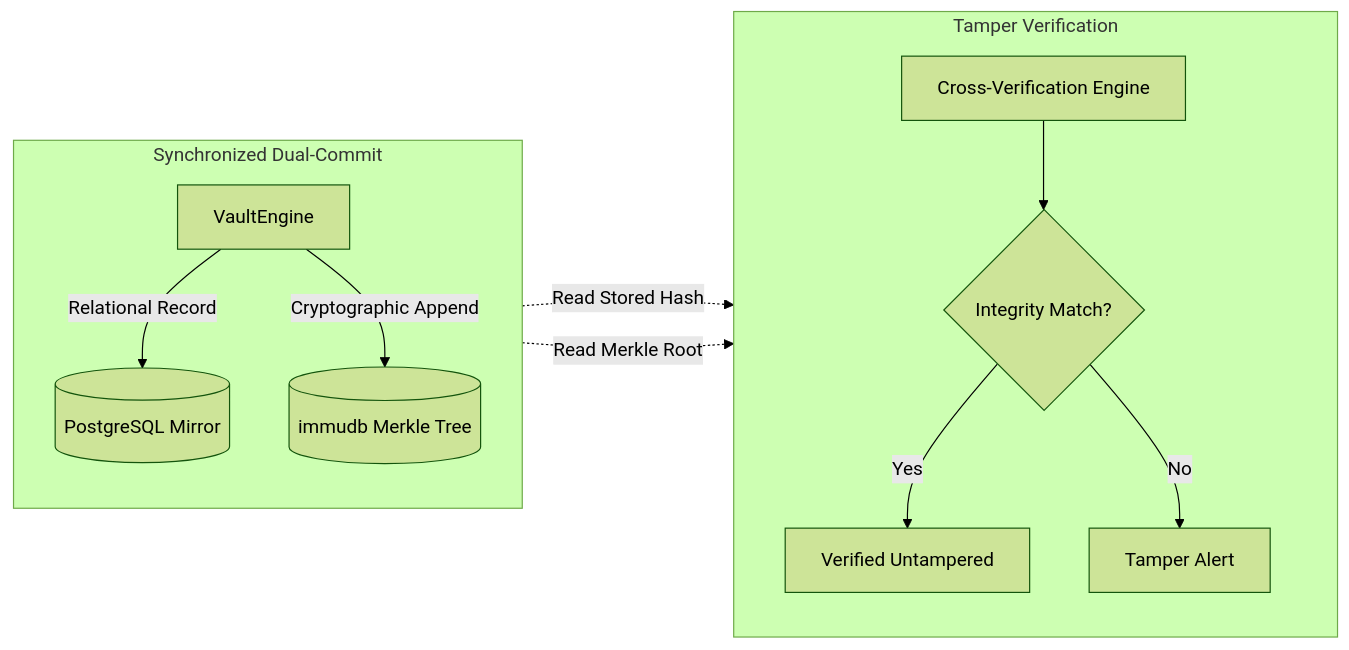
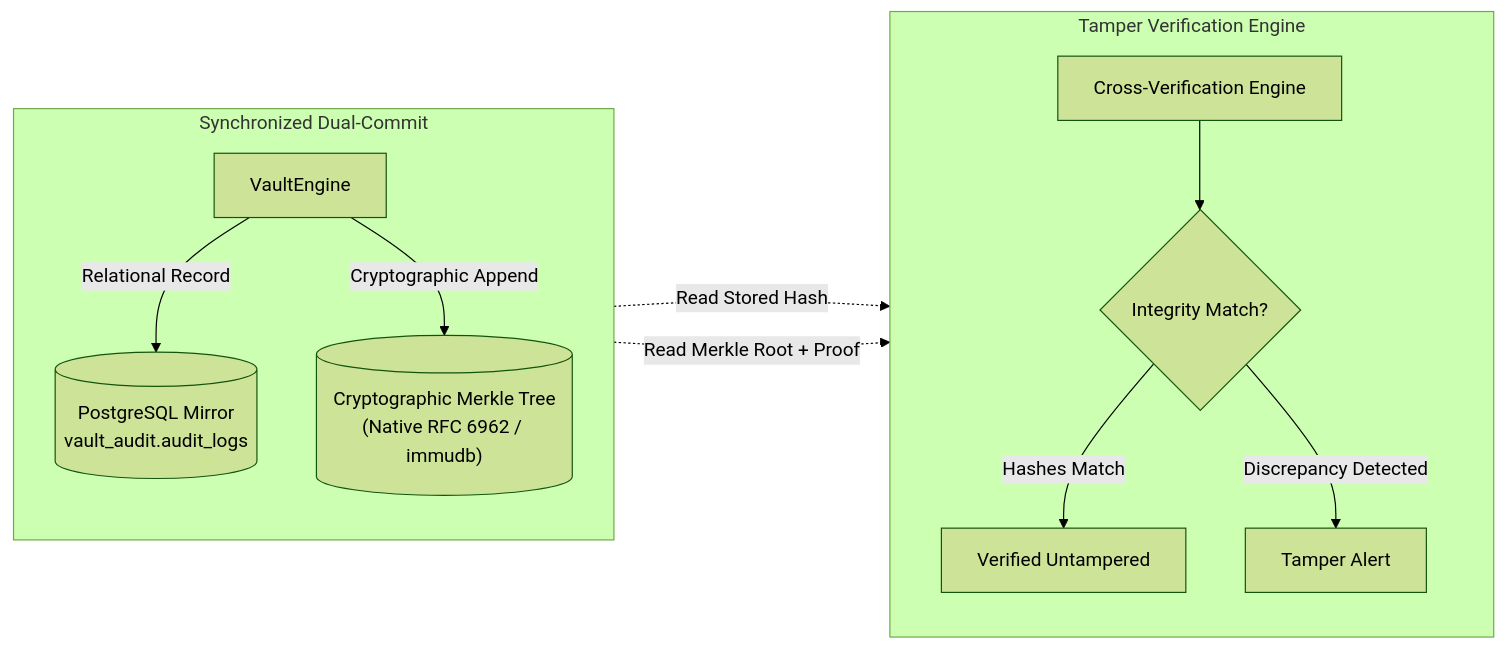
The second of 3 diagrams in README.md (Sejal-hani/Vault_DB), drawn with Mermaid (forest theme) before and after one commit. The commit also changed other lines of this file and 4 other files, not shown here.

Commit message:
docs & core: document native RFC 6962 Merkle tree and pluggable immudb architecture, relocate syllabus to docs, and optimize multi-instance ledger sync

````diff
--- a/README.md
+++ b/README.md
@@ -86,27 +97,27 @@
 ```mermaid
 flowchart LR
     subgraph DualCommit ["Synchronized Dual-Commit"]
         direction TB
         Engine["VaultEngine"]
-        PG_Mirror[("PostgreSQL Mirror")]
-        Immu_Tree[("immudb Merkle Tree")]
+        PG_Mirror[("PostgreSQL Mirror<br/>vault_audit.audit_logs")]
+        Ledger_Tree[("Cryptographic Merkle Tree<br/>(Native RFC 6962 / immudb)")]
 
         Engine -->|Relational Record| PG_Mirror
-        Engine -->|Cryptographic Append| Immu_Tree
+        Engine -->|Cryptographic Append| Ledger_Tree
     end
 
-    subgraph Verification ["Tamper Verification"]
+    subgraph Verification ["Tamper Verification Engine"]
         direction TB
         Verifier["Cross-Verification Engine"]
         Status{"Integrity Match?"}
         Valid["Verified Untampered"]
         Tamper["Tamper Alert"]
 
         Verifier --> Status
-        Status -->|Yes| Valid
-        Status -->|No| Tamper
+        Status -->|Hashes Match| Valid
+        Status -->|Discrepancy Detected| Tamper
     end
 
     PG_Mirror -.->|Read Stored Hash| Verifier
-    Immu_Tree -.->|Read Merkle Root| Verifier
+    Ledger_Tree -.->|Read Merkle Root + Proof| Verifier
 ```
````
